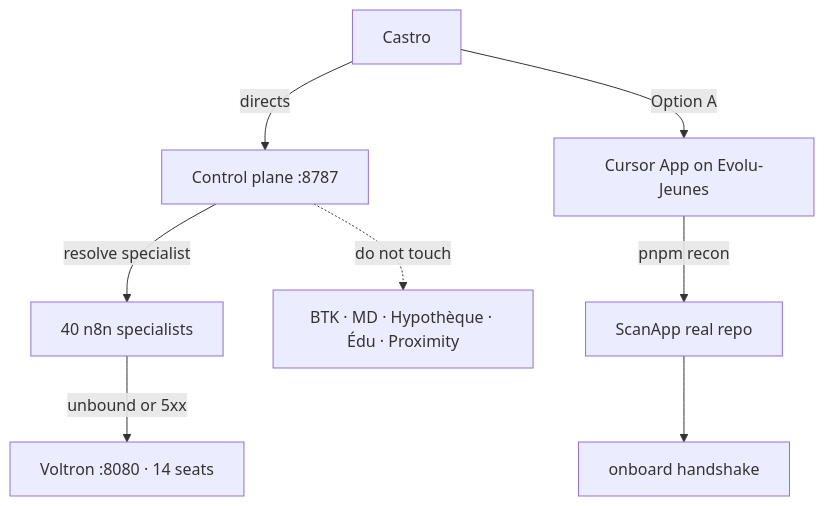
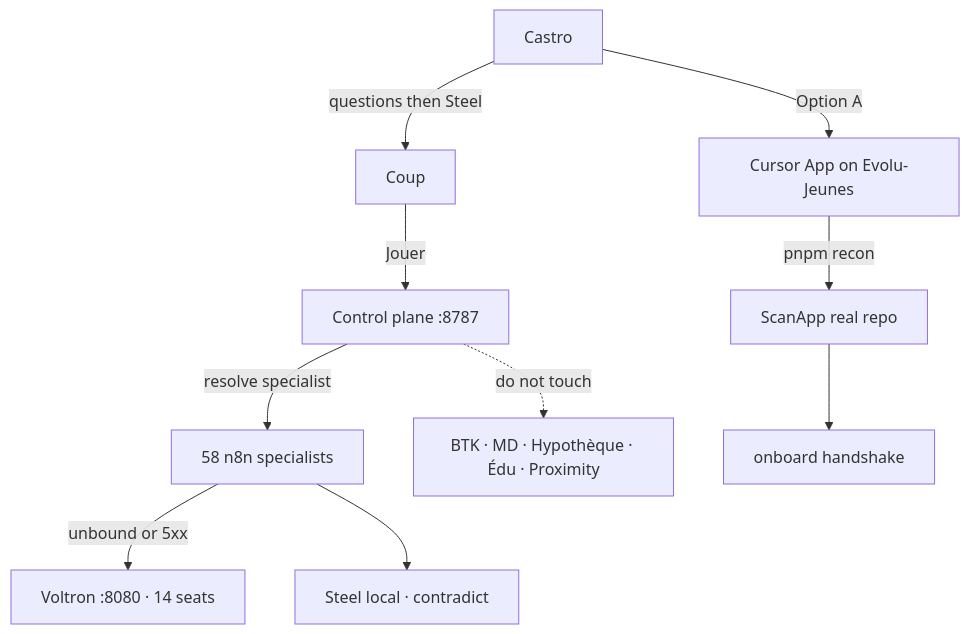
The diagram in docs/ROADMAP.md (cashtro/cashtro), drawn with Mermaid before and after one commit. The commit also changed other lines of this file and 29 other files, not shown here.

First line of the commit message:
feat: coup questions, Steel department, self-improve per seat

````diff
--- a/docs/ROADMAP.md
+++ b/docs/ROADMAP.md
@@ -5,10 +5,12 @@
 ```mermaid
 flowchart TB
-  Castro[Castro] -->|directs| CP[Control plane :8787]
-  CP -->|resolve specialist| FAB[40 n8n specialists]
+  Castro[Castro] -->|questions then Steel| COUP[Coup]
+  COUP -->|Jouer| CP[Control plane :8787]
+  CP -->|resolve specialist| FAB[58 n8n specialists]
   FAB -->|unbound or 5xx| V[Voltron :8080 · 14 seats]
+  FAB --> ST[Steel local · contradict]
   Castro -->|Option A| GATE[Cursor App on Evolu-Jeunes]
   GATE -->|pnpm recon| SCAN[ScanApp real repo]
   SCAN --> ON[onboard handshake]
   CP -.->|do not touch| LIVE[BTK · MD · Hypothèque · Édu · Proximity]
 ```
````
